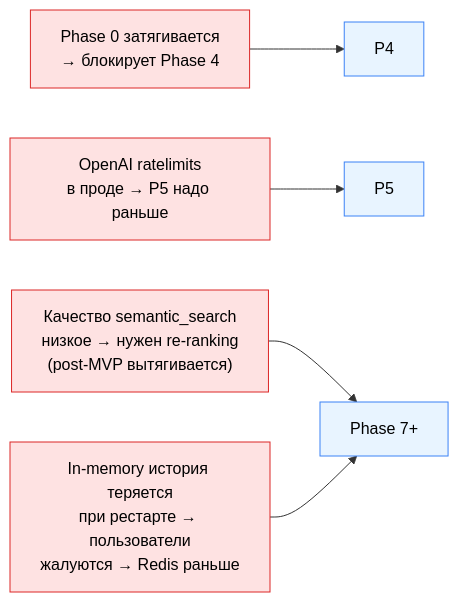
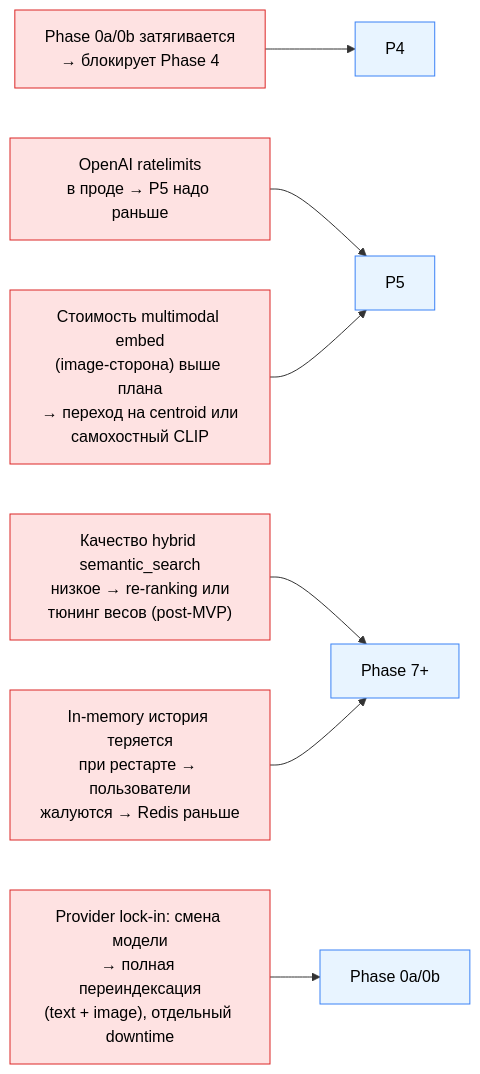
Diagram 11 of 11 in server/ai-service/ROADMAP_DIAGRAM.md (TortAlpha/ai-stylist-service), drawn with Mermaid before and after one commit. The commit also changed other lines of this file and 4 other files, not shown here.

````diff
--- a/server/ai-service/ROADMAP_DIAGRAM.md
+++ b/server/ai-service/ROADMAP_DIAGRAM.md
@@ -277,17 +296,21 @@
 ```mermaid
 flowchart LR
-    R1["Phase 0 затягивается<br/>→ блокирует Phase 4"]
+    R1["Phase 0a/0b затягивается<br/>→ блокирует Phase 4"]
     R2["OpenAI ratelimits<br/>в проде → P5 надо раньше"]
-    R3["Качество semantic_search<br/>низкое → нужен re-ranking<br/>(post-MVP вытягивается)"]
+    R3["Качество hybrid semantic_search<br/>низкое → re-ranking или<br/>тюнинг весов (post-MVP)"]
     R4["In-memory история теряется<br/>при рестарте → пользователи<br/>жалуются → Redis раньше"]
+    R5["Стоимость multimodal embed<br/>(image-сторона) выше плана<br/>→ переход на centroid или<br/>самохостный CLIP"]
+    R6["Provider lock-in: смена модели<br/>→ полная переиндексация<br/>(text + image), отдельный downtime"]
 
     R1 --> P4
     R2 --> P5
     R3 --> P7[Phase 7+]
     R4 --> P7
+    R5 --> P5
+    R6 --> P0[Phase 0a/0b]
 
     classDef risk fill:#fee2e2,stroke:#dc2626,color:#000
     classDef phase fill:#e8f4ff,stroke:#3b82f6,color:#000
-    class R1,R2,R3,R4 risk
-    class P4,P5,P7 phase
+    class R1,R2,R3,R4,R5,R6 risk
+    class P0,P4,P5,P7 phase
 ```
````
